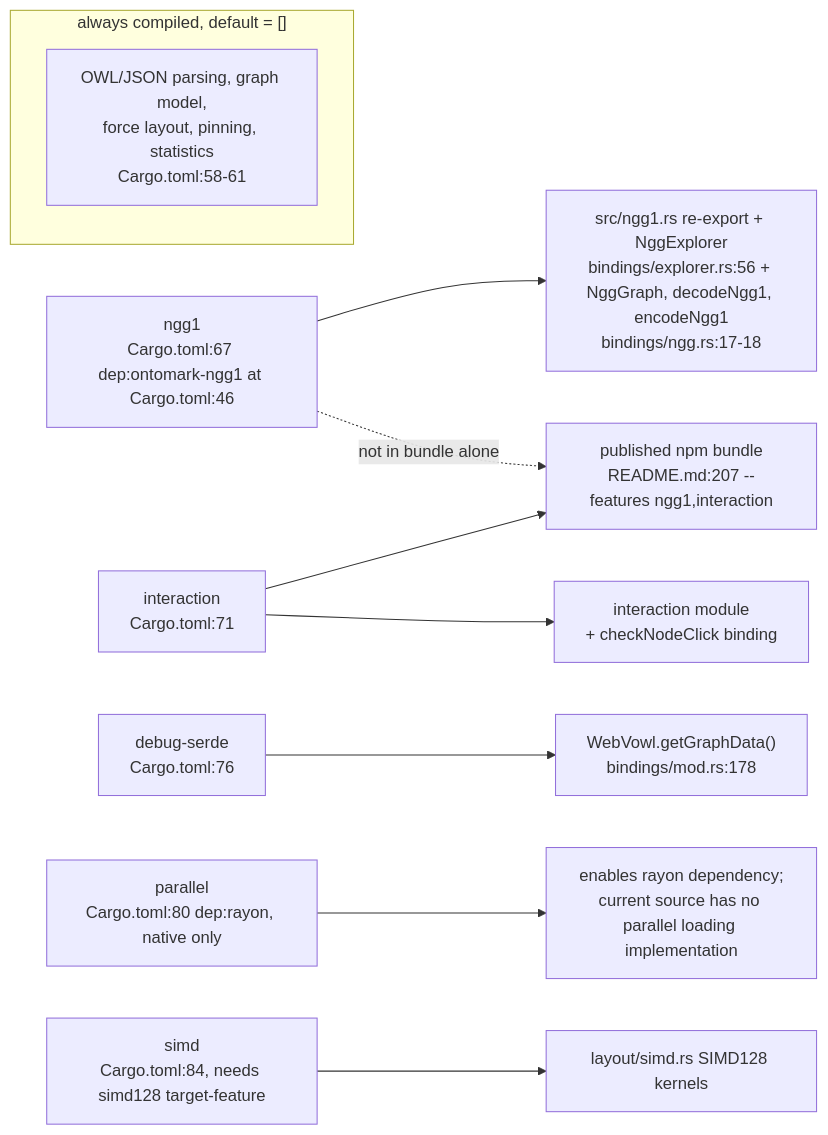
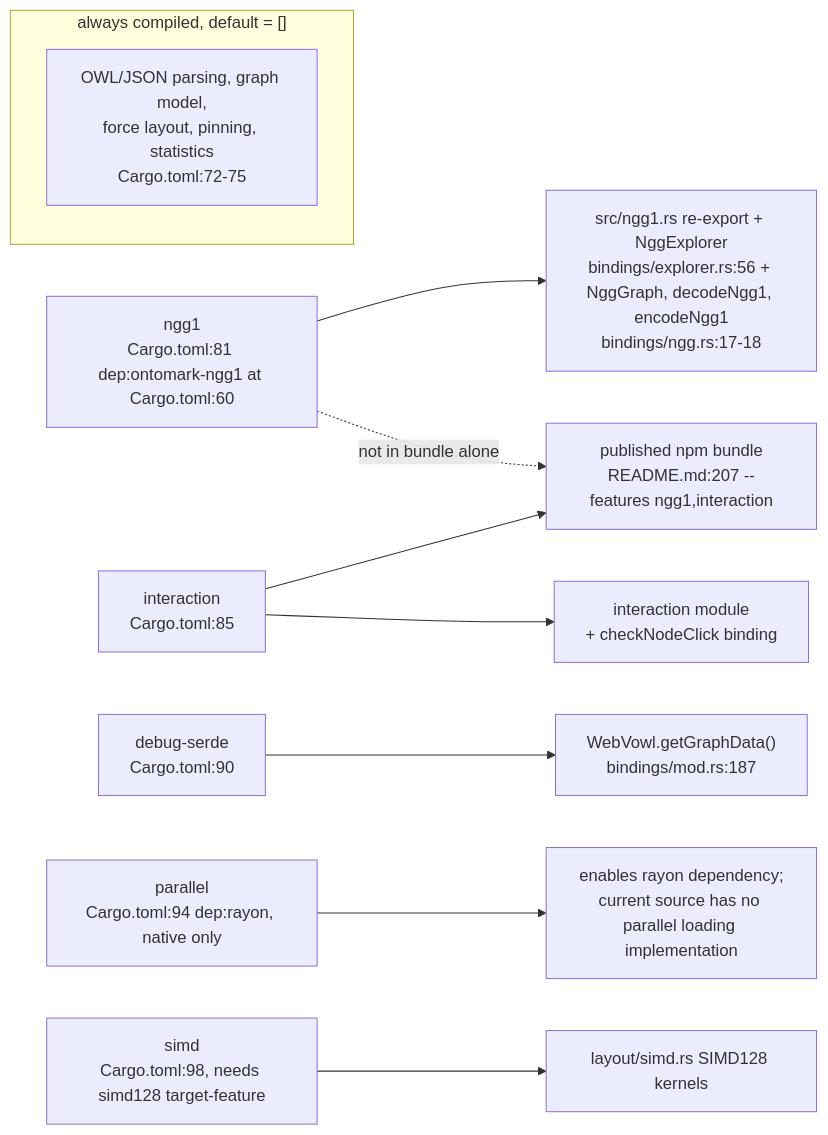
The second of 6 diagrams in docs/diagrams/vowl-wasm/01-crate-composition-and-wasm-boundary.md (DreamLab-AI/VisionFlow), drawn with Mermaid before and after one commit. The commit also changed other lines of this file and 5 other files, not shown here.

First line of the commit message:
docs(diagrams): vowl-wasm re-verified at v0.4.0 (0779174)

````diff
--- a/docs/diagrams/vowl-wasm/01-crate-composition-and-wasm-boundary.md
+++ b/docs/diagrams/vowl-wasm/01-crate-composition-and-wasm-boundary.md
@@ -50,13 +50,13 @@
 ```mermaid
 flowchart LR
     subgraph Always["always compiled, default = []"]
-        CORE["OWL/JSON parsing, graph model,<br/>force layout, pinning, statistics<br/>Cargo.toml:58-61"]
+        CORE["OWL/JSON parsing, graph model,<br/>force layout, pinning, statistics<br/>Cargo.toml:72-75"]
     end
-    NGG1F["ngg1<br/>Cargo.toml:67 dep:ontomark-ngg1 at Cargo.toml:46"] --> NGGMOD["src/ngg1.rs re-export + NggExplorer<br/>bindings/explorer.rs:56 + NggGraph, decodeNgg1, encodeNgg1<br/>bindings/ngg.rs:17-18"]
-    INTF["interaction<br/>Cargo.toml:71"] --> INTMOD["interaction module<br/>+ checkNodeClick binding"]
-    DBGF["debug-serde<br/>Cargo.toml:76"] --> DBGMOD["WebVowl.getGraphData()<br/>bindings/mod.rs:178"]
-    PARF["parallel<br/>Cargo.toml:80 dep:rayon, native only"] --> PARMOD["enables rayon dependency;<br/>current source has no parallel loading implementation"]
-    SIMDF["simd<br/>Cargo.toml:84, needs simd128 target-feature"] --> SIMDMOD["layout/simd.rs SIMD128 kernels"]
+    NGG1F["ngg1<br/>Cargo.toml:81 dep:ontomark-ngg1 at Cargo.toml:60"] --> NGGMOD["src/ngg1.rs re-export + NggExplorer<br/>bindings/explorer.rs:56 + NggGraph, decodeNgg1, encodeNgg1<br/>bindings/ngg.rs:17-18"]
+    INTF["interaction<br/>Cargo.toml:85"] --> INTMOD["interaction module<br/>+ checkNodeClick binding"]
+    DBGF["debug-serde<br/>Cargo.toml:90"] --> DBGMOD["WebVowl.getGraphData()<br/>bindings/mod.rs:187"]
+    PARF["parallel<br/>Cargo.toml:94 dep:rayon, native only"] --> PARMOD["enables rayon dependency;<br/>current source has no parallel loading implementation"]
+    SIMDF["simd<br/>Cargo.toml:98, needs simd128 target-feature"] --> SIMDMOD["layout/simd.rs SIMD128 kernels"]
     NGG1F -. "not in bundle alone" .-> BUNDLE
     INTF --> BUNDLE["published npm bundle<br/>README.md:207 --features ngg1,interaction"]
 ```
````
